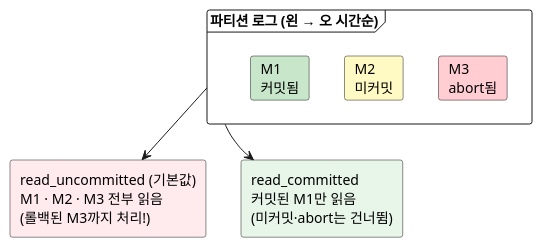
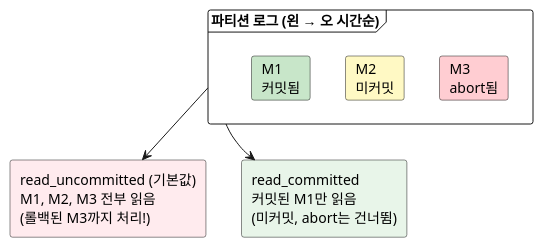
The fourth of 7 diagrams in blog/2026-08-18-kafka-transactions-exactly-once.mdx (johnycho/johny-dev), drawn with PlantUML before and after one commit. The commit also changed other lines of this file and 188 other files, not shown here.

````diff
--- a/blog/2026-08-18-kafka-transactions-exactly-once.mdx
+++ b/blog/2026-08-18-kafka-transactions-exactly-once.mdx
@@ -240,17 +240,17 @@
 ```plantuml
 @startuml
 skinparam shadowing false
 skinparam DefaultFontName sans-serif
 frame "파티션 로그 (왼 → 오 시간순)" as LOG {
   card "M1\n커밋됨" as M1 #C8E6C9
   card "M2\n미커밋" as M2 #FFF9C4
   card "M3\nabort됨" as M3 #FFCDD2
   M1 -[hidden]right- M2
   M2 -[hidden]right- M3
 }
-rectangle "read_uncommitted (기본값)\nM1 · M2 · M3 전부 읽음\n(롤백된 M3까지 처리!)" as RU #FFEBEE
-rectangle "read_committed\n커밋된 M1만 읽음\n(미커밋·abort는 건너뜀)" as RC #E8F5E9
+rectangle "read_uncommitted (기본값)\nM1, M2, M3 전부 읽음\n(롤백된 M3까지 처리!)" as RU #FFEBEE
+rectangle "read_committed\n커밋된 M1만 읽음\n(미커밋, abort는 건너뜀)" as RC #E8F5E9
 LOG --> RU
 LOG --> RC
 @enduml
 ```
````
